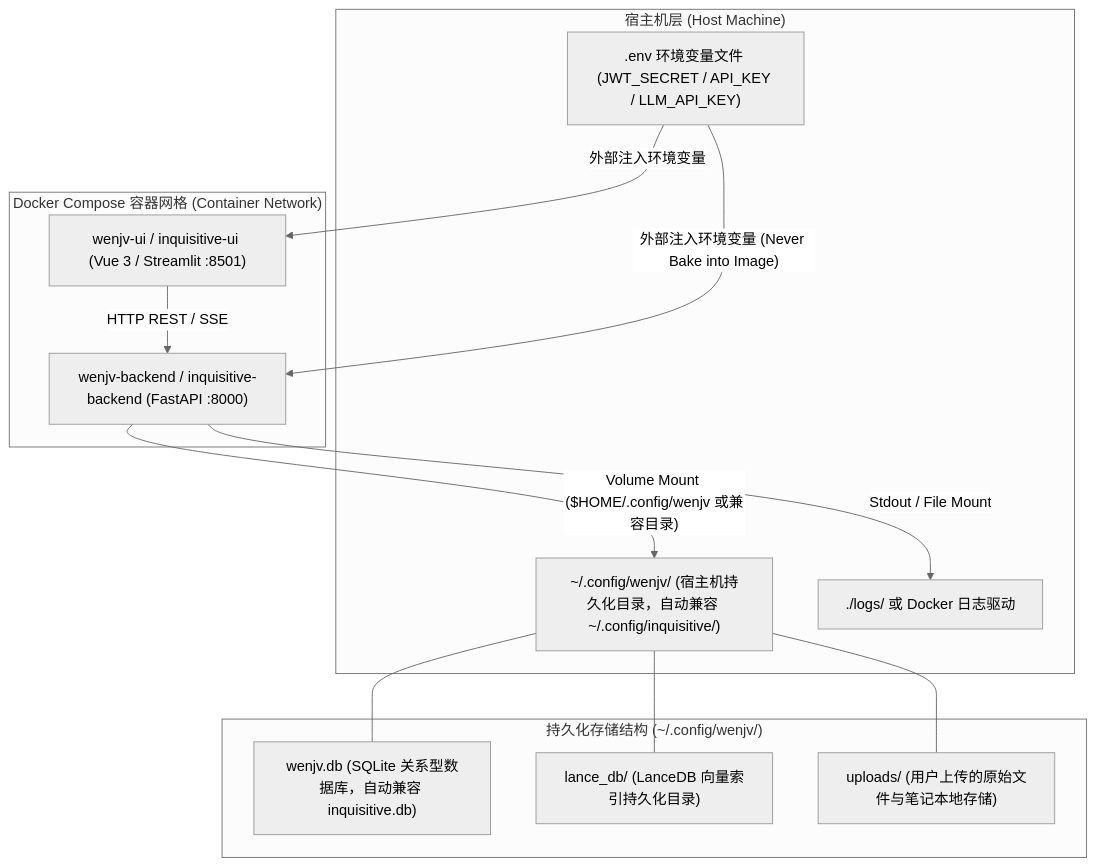
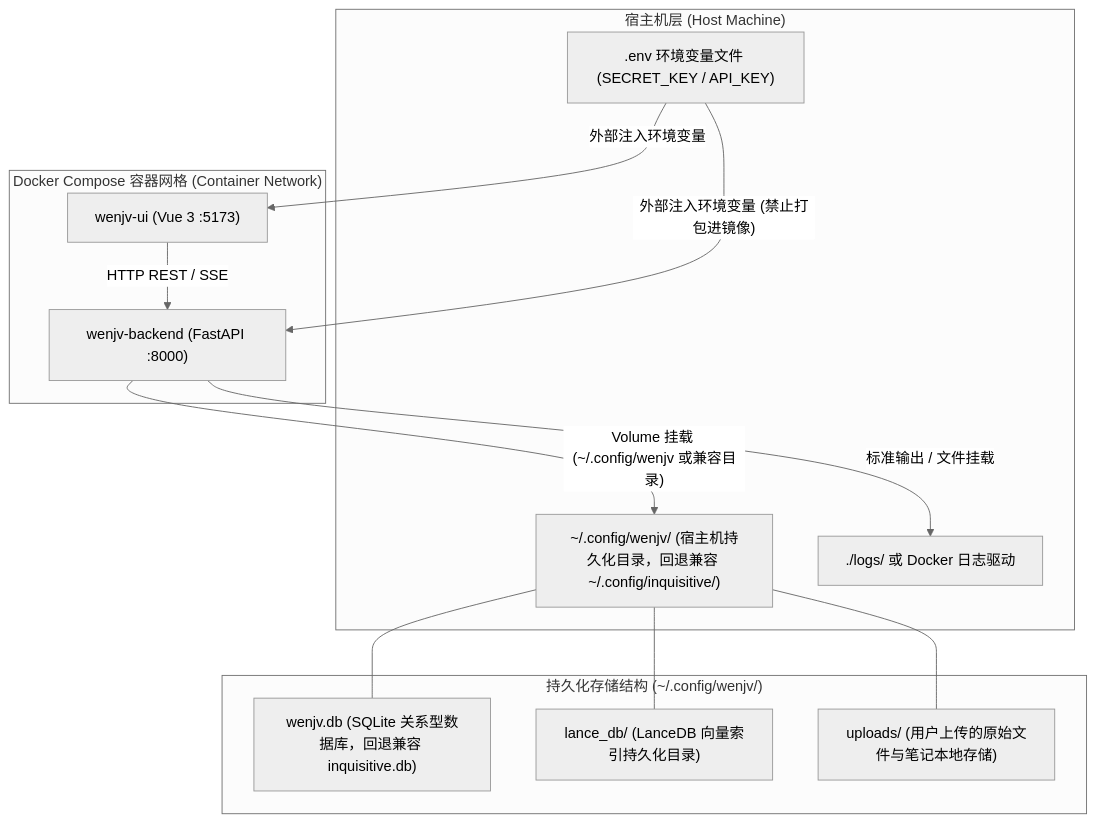
One commit to lanzaoi/wenjv changed the diagram in docs/deployment-diagram.md. Above: the diagram before and after it, drawn with Mermaid (neutral theme). The commit also changed other lines of this file and 256 other files, not shown here.

````diff
--- a/docs/deployment-diagram.md
+++ b/docs/deployment-diagram.md
@@ -7,30 +7,30 @@
 ```mermaid
 graph TD
     subgraph Host ["宿主机层 (Host Machine)"]
-        EnvFile[".env 环境变量文件 (JWT_SECRET / API_KEY / LLM_API_KEY)"]
-        DataDir["~/.config/wenjv/ (宿主机持久化目录，自动兼容 ~/.config/inquisitive/)"]
+        EnvFile[".env 环境变量文件 (SECRET_KEY / API_KEY)"]
+        DataDir["~/.config/wenjv/ (宿主机持久化目录，回退兼容 ~/.config/inquisitive/)"]
         LogsDir["./logs/ 或 Docker 日志驱动"]
     end
 
     subgraph Docker ["Docker Compose 容器网格 (Container Network)"]
-        UI["wenjv-ui / inquisitive-ui (Vue 3 / Streamlit :8501)"]
-        API["wenjv-backend / inquisitive-backend (FastAPI :8000)"]
+        UI["wenjv-ui (Vue 3 :5173)"]
+        API["wenjv-backend (FastAPI :8000)"]
     end
 
     subgraph Storage ["持久化存储结构 (~/.config/wenjv/)"]
-        SQLite["wenjv.db (SQLite 关系型数据库，自动兼容 inquisitive.db)"]
+        SQLite["wenjv.db (SQLite 关系型数据库，回退兼容 inquisitive.db)"]
         Lance["lance_db/ (LanceDB 向量索引持久化目录)"]
         Uploads["uploads/ (用户上传的原始文件与笔记本地存储)"]
     end
 
     %% Bindings & Mounts
-    EnvFile -- "外部注入环境变量 (Never Bake into Image)" --> API
+    EnvFile -- "外部注入环境变量 (禁止打包进镜像)" --> API
     EnvFile -- "外部注入环境变量" --> UI
     UI -- "HTTP REST / SSE" --> API
 
-    API -- "Volume Mount ($HOME/.config/wenjv 或兼容目录)" --> DataDir
+    API -- "Volume 挂载 (~/.config/wenjv 或兼容目录)" --> DataDir
     DataDir --- SQLite
     DataDir --- Lance
     DataDir --- Uploads
-    API -- "Stdout / File Mount" --> LogsDir
+    API -- "标准输出 / 文件挂载" --> LogsDir
 ```
````
